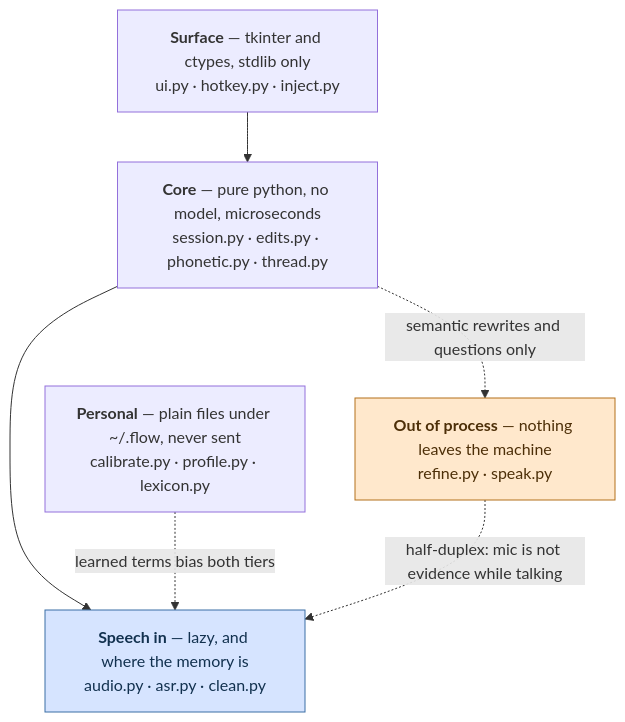
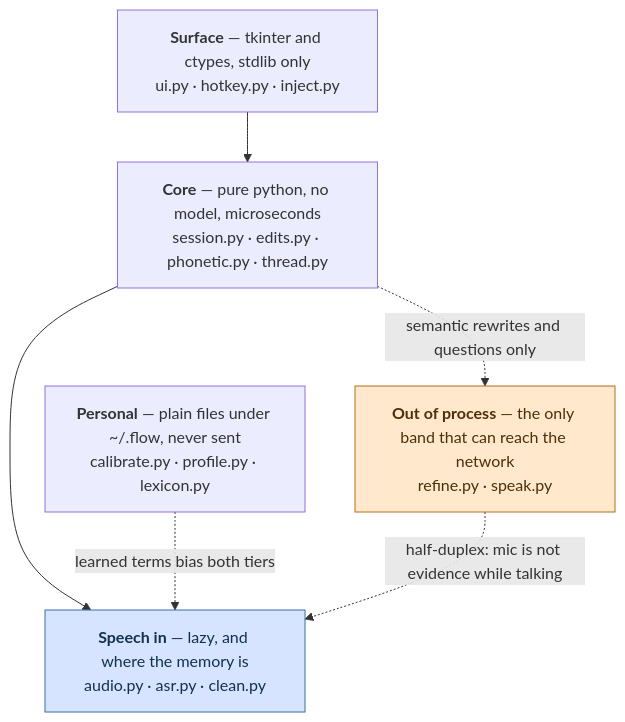
One commit to samartomar/flow changed the first of 2 diagrams in docs/architecture.md. Above: the diagram before and after it, drawn with Mermaid. The commit also changed other lines of this file, not shown here.

Commit message:
Say what leaves the machine, and promise only what the code can keep

````diff
--- a/docs/architecture.md
+++ b/docs/architecture.md
@@ -20,16 +20,16 @@
 ```mermaid
 flowchart TB
     surface["<b>Surface</b> — tkinter and ctypes, stdlib only<br/>ui.py · hotkey.py · inject.py"]
     core["<b>Core</b> — pure python, no model, microseconds<br/>session.py · edits.py · phonetic.py · thread.py"]
     speech["<b>Speech in</b> — lazy, and where the memory is<br/>audio.py · asr.py · clean.py"]
     personal["<b>Personal</b> — plain files under ~/.flow, never sent<br/>calibrate.py · profile.py · lexicon.py"]
-    external["<b>Out of process</b> — nothing leaves the machine<br/>refine.py · speak.py"]
+    external["<b>Out of process</b> — the only band that can reach the network<br/>refine.py · speak.py"]
     surface --> core --> speech
     personal -. "learned terms bias both tiers" .-> speech
     external -. "half-duplex: mic is not evidence while talking" .-> speech
     core -. "semantic rewrites and questions only" .-> external
     classDef heavy fill:#d6e4ff,stroke:#3b6ea5,color:#12314f
     classDef proc fill:#ffe8cc,stroke:#b3701a,color:#4d2f08
     class speech heavy
     class external proc
 ```
````
